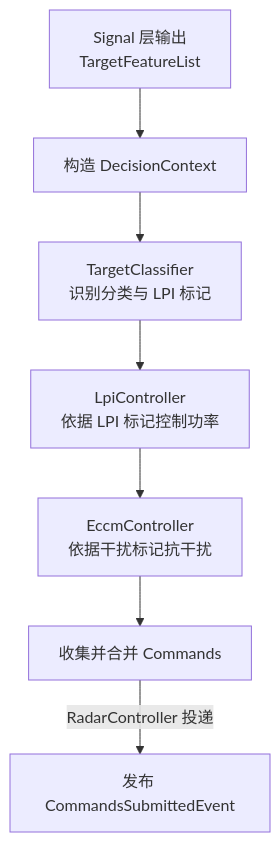
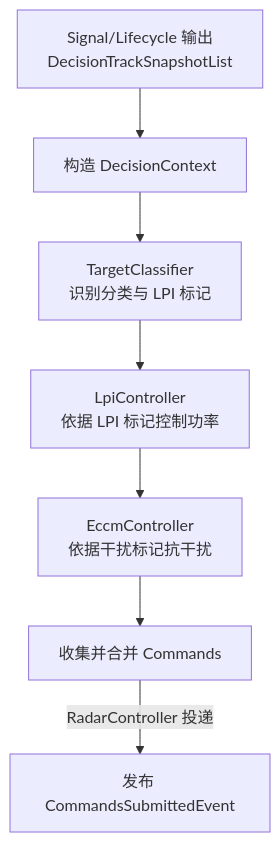
The first of 3 diagrams in doc/architecture/decision/decision-architecture.md (boilwater-3/1q), drawn with Mermaid before and after one commit. The commit also changed other lines of this file and 36 other files, not shown here.

````diff
--- a/doc/architecture/decision/decision-architecture.md
+++ b/doc/architecture/decision/decision-architecture.md
@@ -37,9 +37,9 @@
 ```mermaid
 flowchart TD
-    IN["Signal 层输出<br/>TargetFeatureList"] --> CTX["构造 DecisionContext"]
+    IN["Signal/Lifecycle 输出<br/>DecisionTrackSnapshotList"] --> CTX["构造 DecisionContext"]
     CTX --> CLI["TargetClassifier<br/>识别分类与 LPI 标记"]
     CLI --> LPI["LpiController<br/>依据 LPI 标记控制功率"]
     LPI --> ECC["EccmController<br/>依据干扰标记抗干扰"]
     ECC --> OUT["收集并合并 Commands"]
     OUT -->|"RadarController 投递"| EVENT["发布 CommandsSubmittedEvent"]
 ```
````
